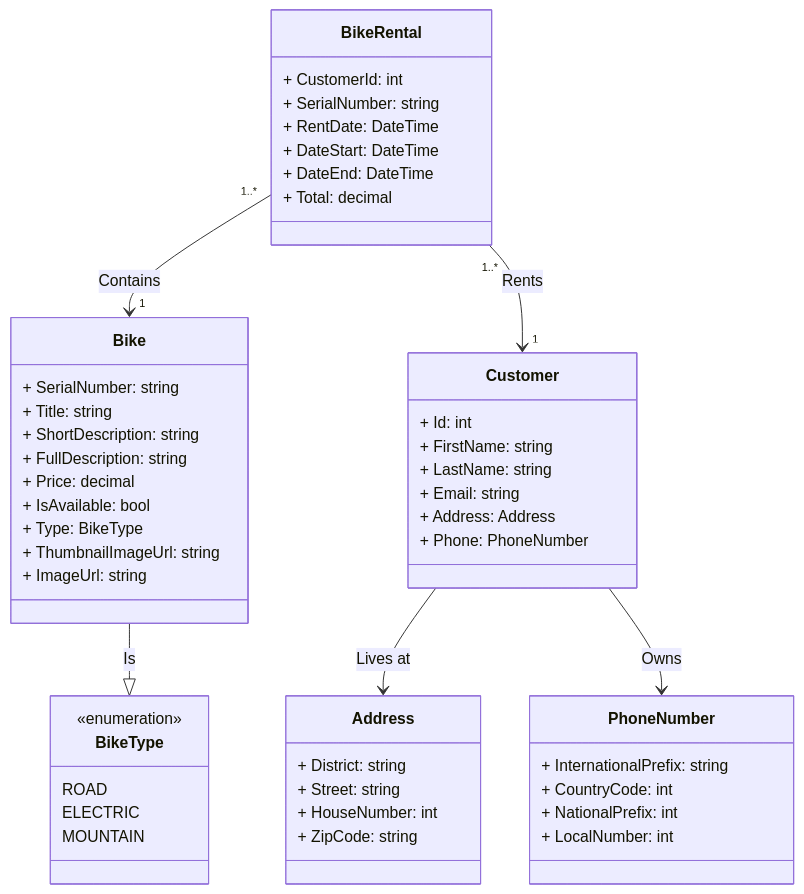
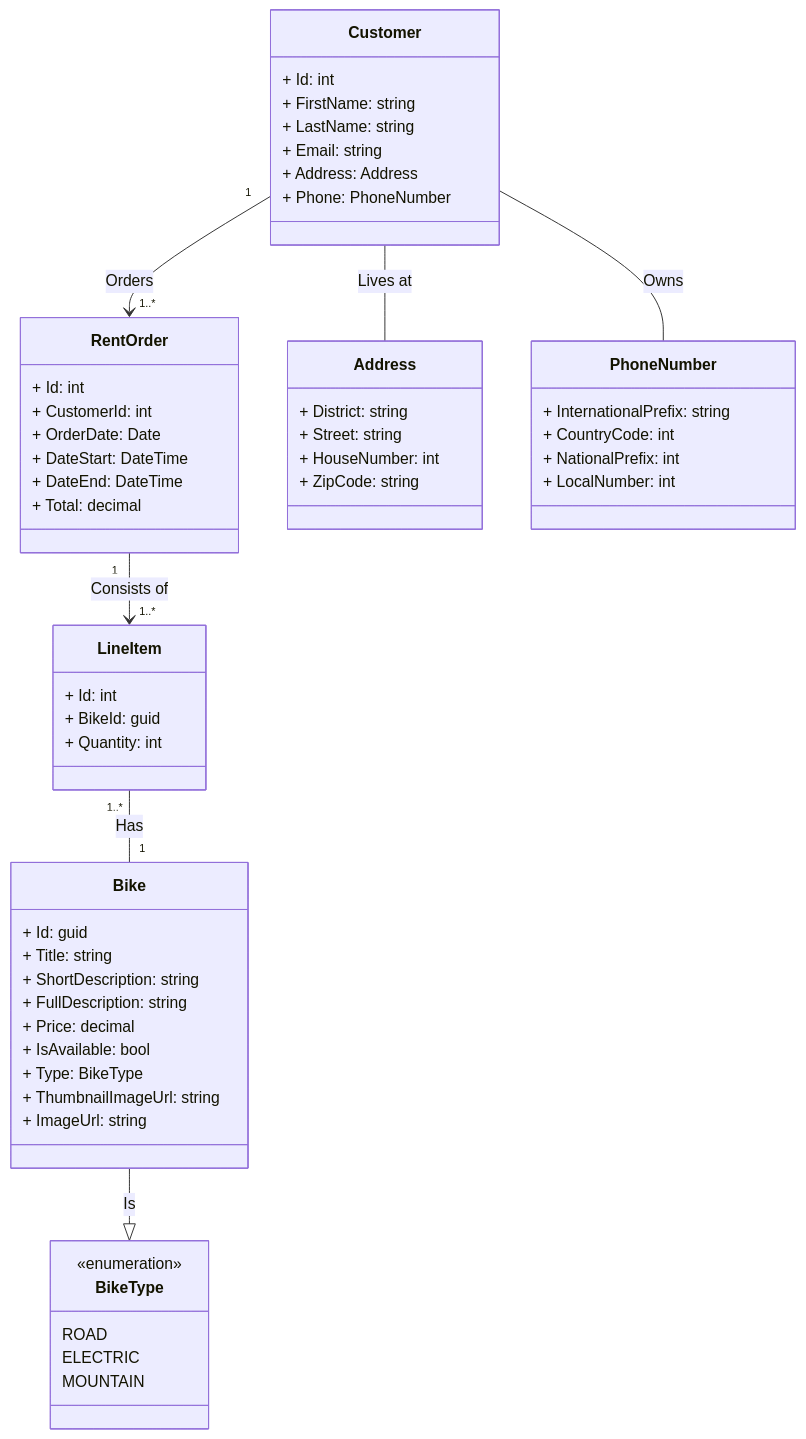
Before and after one commit to bmassioui/BikeRentingSystem: the diagram in README.md, drawn with Mermaid. The commit also changed 29 other files, not shown here.

````diff
--- a/README.md
+++ b/README.md
@@ -11,59 +11,66 @@
 ```mermaid
 classDiagram
   class Bike {
-    + SerialNumber: string
+    + Id: guid
     + Title: string
     + ShortDescription: string
     + FullDescription: string
     + Price: decimal
     + IsAvailable: bool
     + Type: BikeType
     + ThumbnailImageUrl: string
     + ImageUrl: string
   }
 
   class Customer {
     + Id: int
     + FirstName: string
     + LastName: string
     + Email: string
     + Address: Address
     + Phone: PhoneNumber
   }
 
-  class BikeRental {
+  class RentOrder {
+    + Id: int 
     + CustomerId: int
-    + SerialNumber: string
-    + RentDate: DateTime
+    + OrderDate: Date
     + DateStart: DateTime
     + DateEnd: DateTime
     + Total: decimal
+  }
+
+  class LineItem {
+    + Id: int
+    + BikeId: guid
+    + Quantity: int
   }
 
   class Address {
     + District: string
     + Street: string
     + HouseNumber: int
     + ZipCode: string
   }
 
   class PhoneNumber {
     + InternationalPrefix: string
     + CountryCode: int
     + NationalPrefix: int
     + LocalNumber: int
   }
 
   class BikeType{
     <<enumeration>>
     ROAD
     ELECTRIC
     MOUNTAIN
   }
 
   Bike --|> BikeType : Is
-  Customer --> Address : Lives at
-  Customer --> PhoneNumber : Owns
-  BikeRental "1..*" --> "1" Bike : Contains
-  BikeRental "1..*" --> "1" Customer : Rents
+  Customer -- Address : Lives at
+  Customer -- PhoneNumber : Owns
+  Customer "1" --> "1..*" RentOrder : Orders
+  RentOrder "1" --> "1..*" LineItem : Consists of
+  LineItem "1..*" -- "1" Bike : Has
 ```
````
